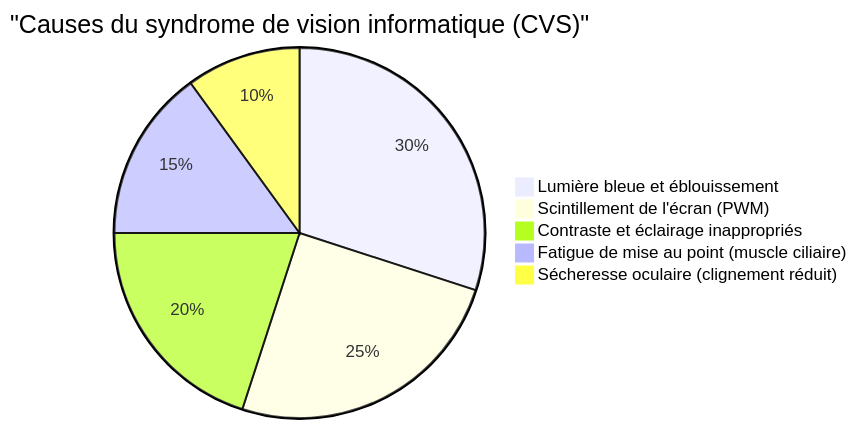
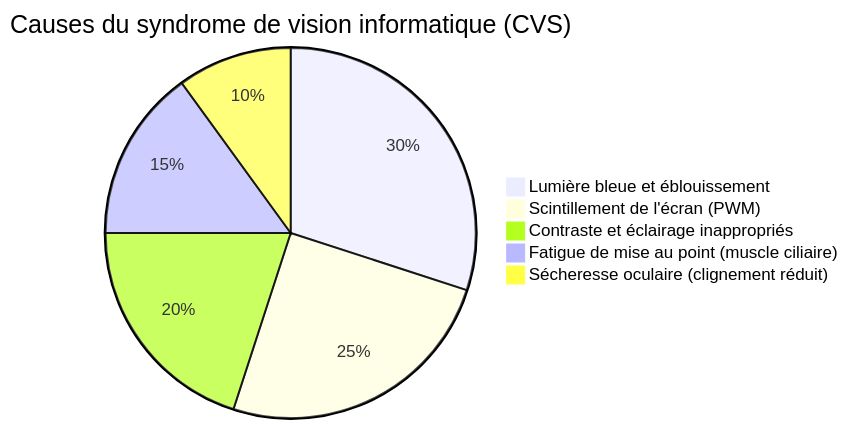
One commit to kenjinote/blog changed the first of 4 diagrams in content/post/eye_strain_relief/index.fr.md. Above: the diagram before and after it, drawn with Mermaid. The commit also changed other lines of this file and 703 other files, not shown here.

Commit message:
Fix: Remove quotes from Mermaid link texts and timeline definitions to support Mermaid 11.4.1

````diff
--- a/content/post/eye_strain_relief/index.fr.md
+++ b/content/post/eye_strain_relief/index.fr.md
@@ -24,8 +24,8 @@
 ```mermaid
-pie title "Causes du syndrome de vision informatique (CVS)"
+pie title Causes du syndrome de vision informatique (CVS)
     "Lumière bleue et éblouissement" : 30
     "Scintillement de l'écran (PWM)" : 25
     "Contraste et éclairage inappropriés" : 20
     "Fatigue de mise au point (muscle ciliaire)" : 15
     "Sécheresse oculaire (clignement réduit)" : 10
 ```
````
